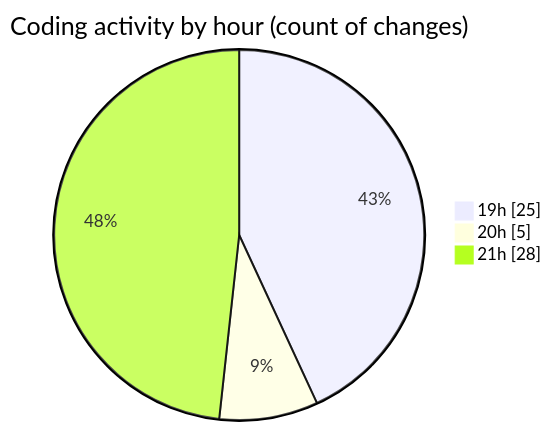
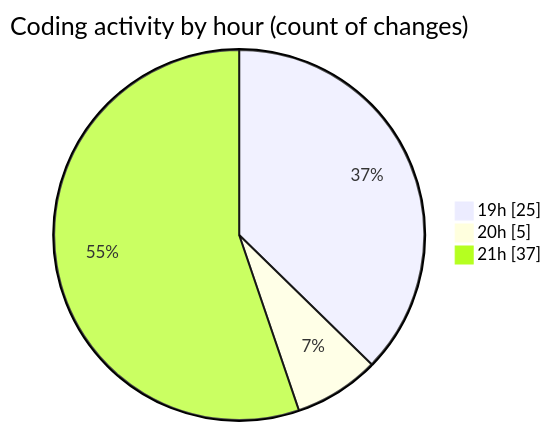
Before and after one commit to momahboobian/code-tracking: the second of 2 diagrams in 2025-02-28/cda/README.md, drawn with Mermaid. The commit also changed other lines of this file and 1 other file, not shown here.

````diff
--- a/2025-02-28/cda/README.md
+++ b/2025-02-28/cda/README.md
@@ -34,7 +34,7 @@
 ```mermaid
 pie showData
 title Coding activity by hour (count of changes)
 "19h" : 25
 "20h" : 5
-"21h" : 28
+"21h" : 37
 ```
````
